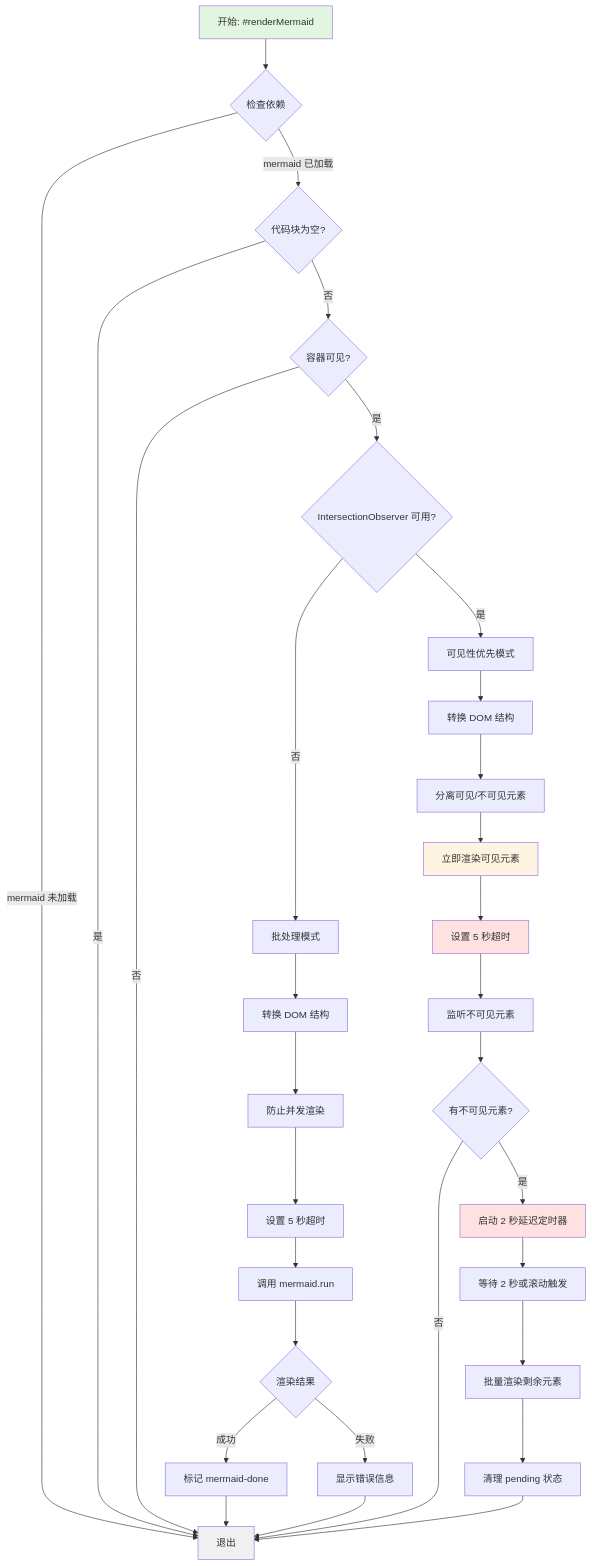
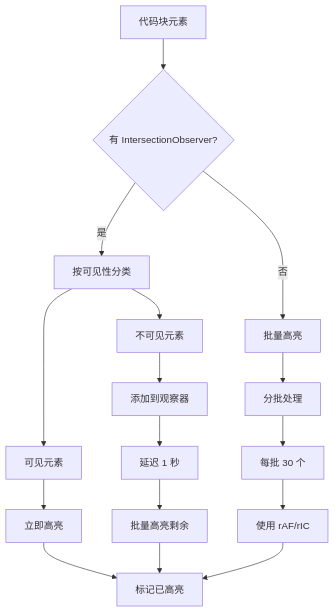
Before and after one commit to ZCShou/markdown: the seventh of 9 diagrams in docs/preview.md, drawn with Mermaid. The commit also changed other lines of this file and 1 other file, not shown here.

Commit message:
docs: refine architecture and preview documentation with persistence and rendering details

````diff
--- a/docs/preview.md
+++ b/docs/preview.md
@@ -1563,44 +726,22 @@
 ```mermaid
-flowchart TD
-    A[开始: #renderMermaid] --> B{检查依赖}
-    B -->|mermaid 未加载| Z[退出]
-    B -->|mermaid 已加载| C{代码块为空?}
-    C -->|是| Z
-    C -->|否| D{容器可见?}
-    D -->|否| Z
-    D -->|是| E{IntersectionObserver 可用?}
+graph TD
+    A[代码块元素] --> B{有 IntersectionObserver?}
+    B -->|是| C[按可见性分类]
+    B -->|否| D[批量高亮]
     
-    E -->|否| F[批处理模式]
-    E -->|是| G[可见性优先模式]
+    C --> E[可见元素]
+    C --> F[不可见元素]
     
-    F --> F1[转换 DOM 结构]
-    F1 --> F2[防止并发渲染]
-    F2 --> F3[设置 5 秒超时]
-    F3 --> F4[调用 mermaid.run]
-    F4 --> F5{渲染结果}
-    F5 -->|成功| F6[标记 mermaid-done]
-    F5 -->|失败| F7[显示错误信息]
-    F6 --> Z
-    F7 --> Z
+    E --> G[立即高亮]
+    F --> H[添加到观察器]
+    H --> I[延迟 1 秒]
+    I --> J[批量高亮剩余]
     
-    G --> G1[转换 DOM 结构]
-    G1 --> G2[分离可见/不可见元素]
-    G2 --> G3[立即渲染可见元素]
-    G3 --> G4[设置 5 秒超时]
-    G4 --> G5[监听不可见元素]
-    G5 --> G6{有不可见元素?}
+    D --> K[分批处理]
+    K --> L[每批 30 个]
+    L --> M[使用 rAF/rIC]
     
-    G6 -->|是| G7[启动 2 秒延迟定时器]
-    G6 -->|否| Z
-    
-    G7 --> G8[等待 2 秒或滚动触发]
-    G8 --> G9[批量渲染剩余元素]
-    G9 --> G10[清理 pending 状态]
-    G10 --> Z
-    
-    style A fill:#e1f5e1
-    style G3 fill:#fff4e1
-    style G4 fill:#ffe1e1
-    style G7 fill:#ffe1e1
-    style Z fill:#f0f0f0
+    G --> N[标记已高亮]
+    J --> N
+    M --> N
 ```
````
